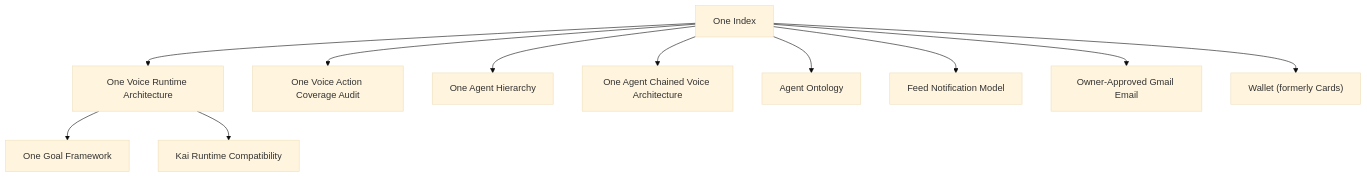
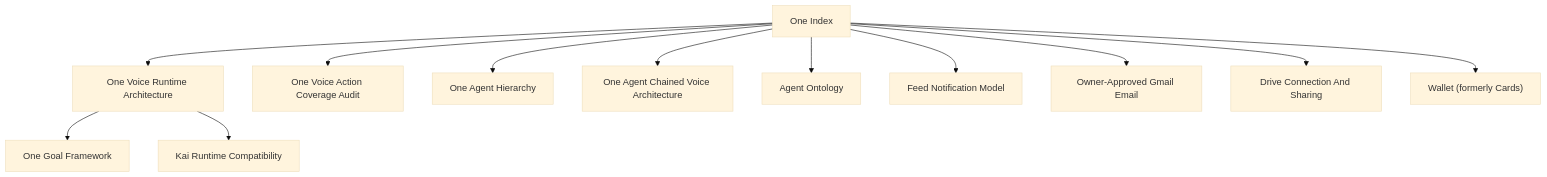
The diagram in docs/reference/one/README.md (hushh-labs/hushh-research), drawn with Mermaid (base theme) before and after one commit. The commit also changed other lines of this file and 20 other files, not shown here.

````diff
--- a/docs/reference/one/README.md
+++ b/docs/reference/one/README.md
@@ -5,25 +5,27 @@
 ```mermaid
 flowchart TD
   root["One Index"]
   voice["One Voice Runtime Architecture"]
   goal["One Goal Framework"]
   coverage["One Voice Action Coverage Audit"]
   hierarchy["One Agent Hierarchy"]
   chain["One Agent Chained Voice Architecture"]
   kai["Kai Runtime Compatibility"]
   ontology["Agent Ontology"]
   feed["Feed Notification Model"]
   gmail["Owner-Approved Gmail Email"]
+  drive["Drive Connection And Sharing"]
   wallet["Wallet (formerly Cards)"]
 
   root --> voice
   voice --> goal
   root --> coverage
   root --> hierarchy
   root --> chain
   voice --> kai
   root --> ontology
   root --> feed
   root --> gmail
+  root --> drive
   root --> wallet
 ```
````
